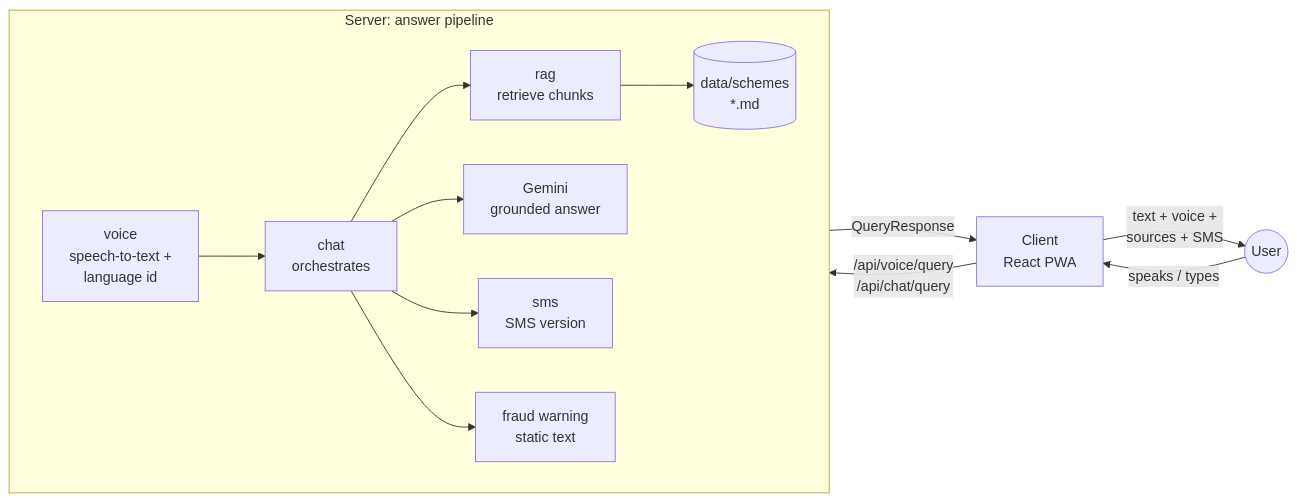
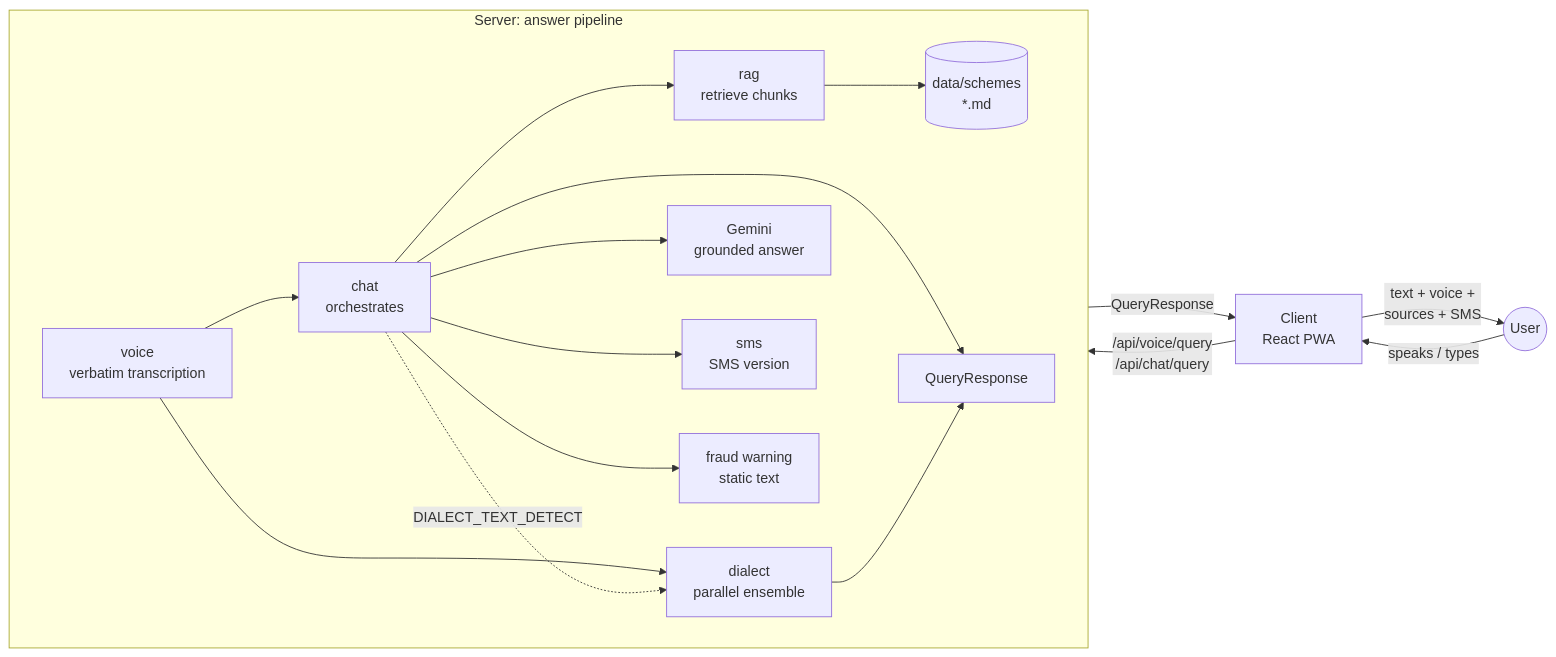
One commit to mitarthpathak/gram-saathi changed the diagram in docs/ARCHITECTURE.md. Above: the diagram before and after it, drawn with Mermaid. The commit also changed other lines of this file and 22 other files, not shown here.

````diff
--- a/docs/ARCHITECTURE.md
+++ b/docs/ARCHITECTURE.md
@@ -5,16 +5,20 @@
 ```mermaid
 flowchart LR
   U((User)) -- speaks / types --> C[Client<br/>React PWA]
   C -- "/api/voice/query<br/>/api/chat/query" --> S[Server<br/>Express]
   subgraph S [Server: answer pipeline]
     direction LR
-    V[voice<br/>speech-to-text +<br/>language id] --> CH[chat<br/>orchestrates]
+    V[voice<br/>verbatim transcription] --> CH[chat<br/>orchestrates]
+    V --> DL[dialect<br/>parallel ensemble]
+    CH -. "DIALECT_TEXT_DETECT" .-> DL
     CH --> R[rag<br/>retrieve chunks]
     R --> D[(data/schemes<br/>*.md)]
     CH --> G[Gemini<br/>grounded answer]
     CH --> SMS[sms<br/>SMS version]
     CH --> F[fraud warning<br/>static text]
+    CH --> Q[QueryResponse]
+    DL --> Q
   end
   S -- QueryResponse --> C
   C -- text + voice +<br/>sources + SMS --> U
 ```
````
